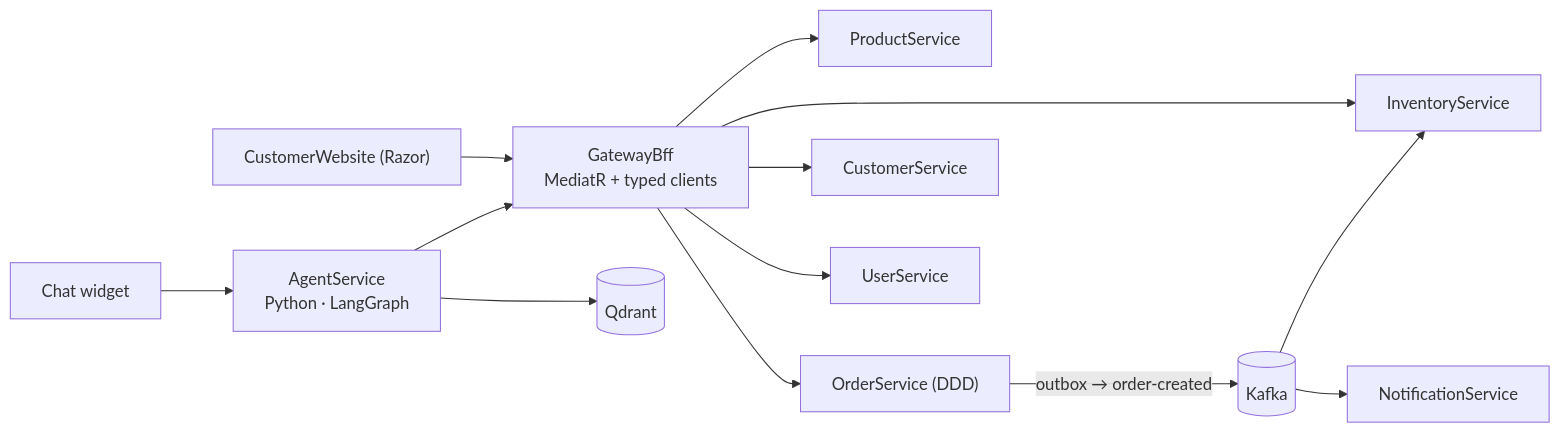
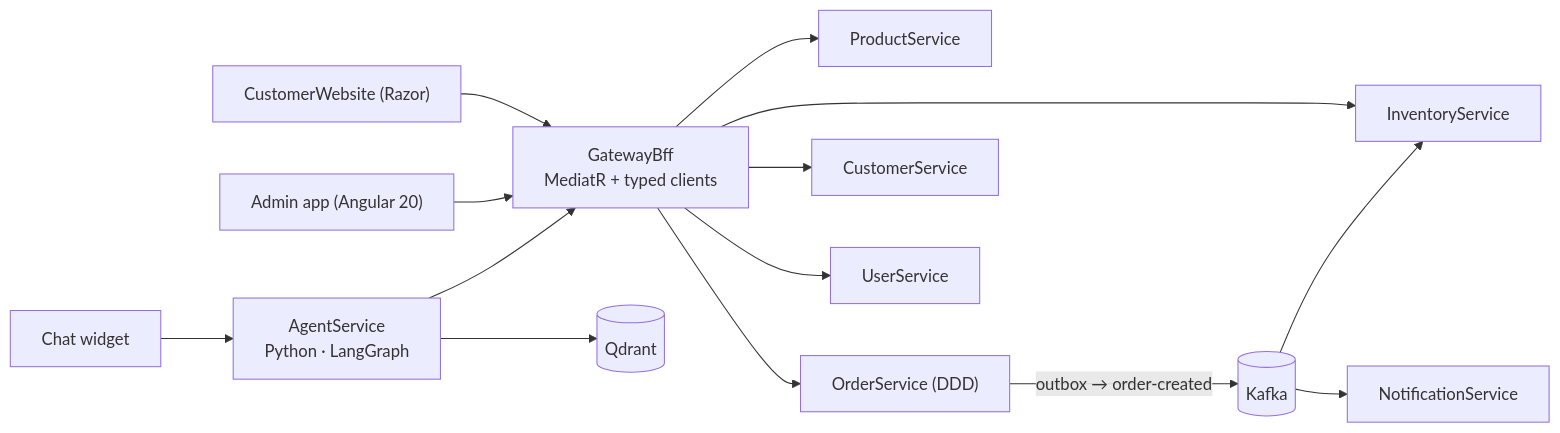
One commit to andre-rizzato/DistributedOrderSystem changed the diagram in README.md. Above: the diagram before and after it, drawn with Mermaid. The commit also changed other lines of this file, not shown here.

First line of the commit message:
docs: document the admin app and the new unit test projects in README

````diff
--- a/README.md
+++ b/README.md
@@ -7,15 +7,16 @@
 ```mermaid
 flowchart LR
     Web["CustomerWebsite (Razor)"] --> BFF["GatewayBff<br/>MediatR + typed clients"]
+    Admin["Admin app (Angular 20)"] --> BFF
     Chat["Chat widget"] --> Agent
     Agent["AgentService<br/>Python · LangGraph"] --> BFF
     BFF --> Product["ProductService"]
     BFF --> Inventory["InventoryService"]
     BFF --> Order["OrderService (DDD)"]
     BFF --> Customer["CustomerService"]
     BFF --> User["UserService"]
     Order -- "outbox → order-created" --> Kafka[("Kafka")]
     Kafka --> Inventory
     Kafka --> Notification["NotificationService"]
     Agent --> Qdrant[("Qdrant")]
 ```
````
